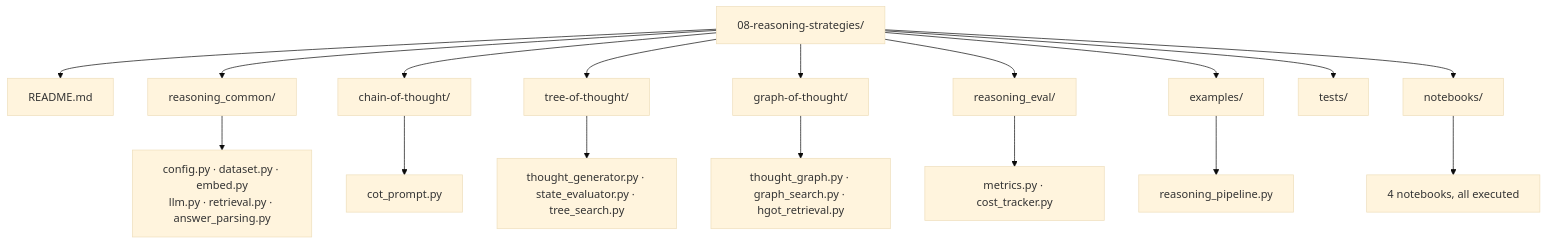
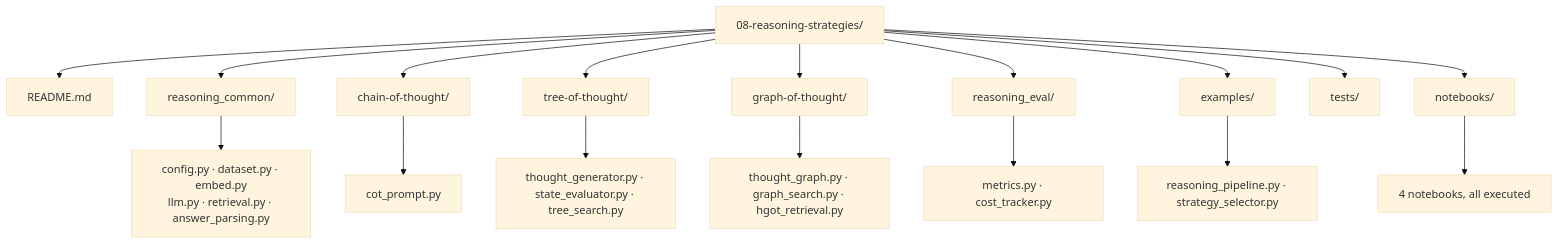
Before and after one commit to YessineZghal/RAG_Specialization_project: the third of 3 diagrams in 08-reasoning-strategies/README.md, drawn with Mermaid (base theme). The commit also changed other lines of this file and 177 other files, not shown here.

````diff
--- a/08-reasoning-strategies/README.md
+++ b/08-reasoning-strategies/README.md
@@ -117,20 +117,20 @@
 ```mermaid
 flowchart TD
     ROOT["08-reasoning-strategies/"] --> README["README.md"]
     ROOT --> RC["reasoning_common/"]
     ROOT --> COT["chain-of-thought/"]
     ROOT --> TOT["tree-of-thought/"]
     ROOT --> GOT["graph-of-thought/"]
     ROOT --> EV["reasoning_eval/"]
     ROOT --> EX["examples/"]
     ROOT --> TESTS["tests/"]
     ROOT --> NB["notebooks/"]
 
     RC --> RC1["config.py · dataset.py · embed.py<br/>llm.py · retrieval.py · answer_parsing.py"]
     COT --> C1["cot_prompt.py"]
     TOT --> T1["thought_generator.py · state_evaluator.py · tree_search.py"]
     GOT --> G1["thought_graph.py · graph_search.py · hgot_retrieval.py"]
     EV --> EV1["metrics.py · cost_tracker.py"]
-    EX --> EX1["reasoning_pipeline.py"]
+    EX --> EX1["reasoning_pipeline.py · strategy_selector.py"]
     NB --> N1["4 notebooks, all executed"]
 ```
````
